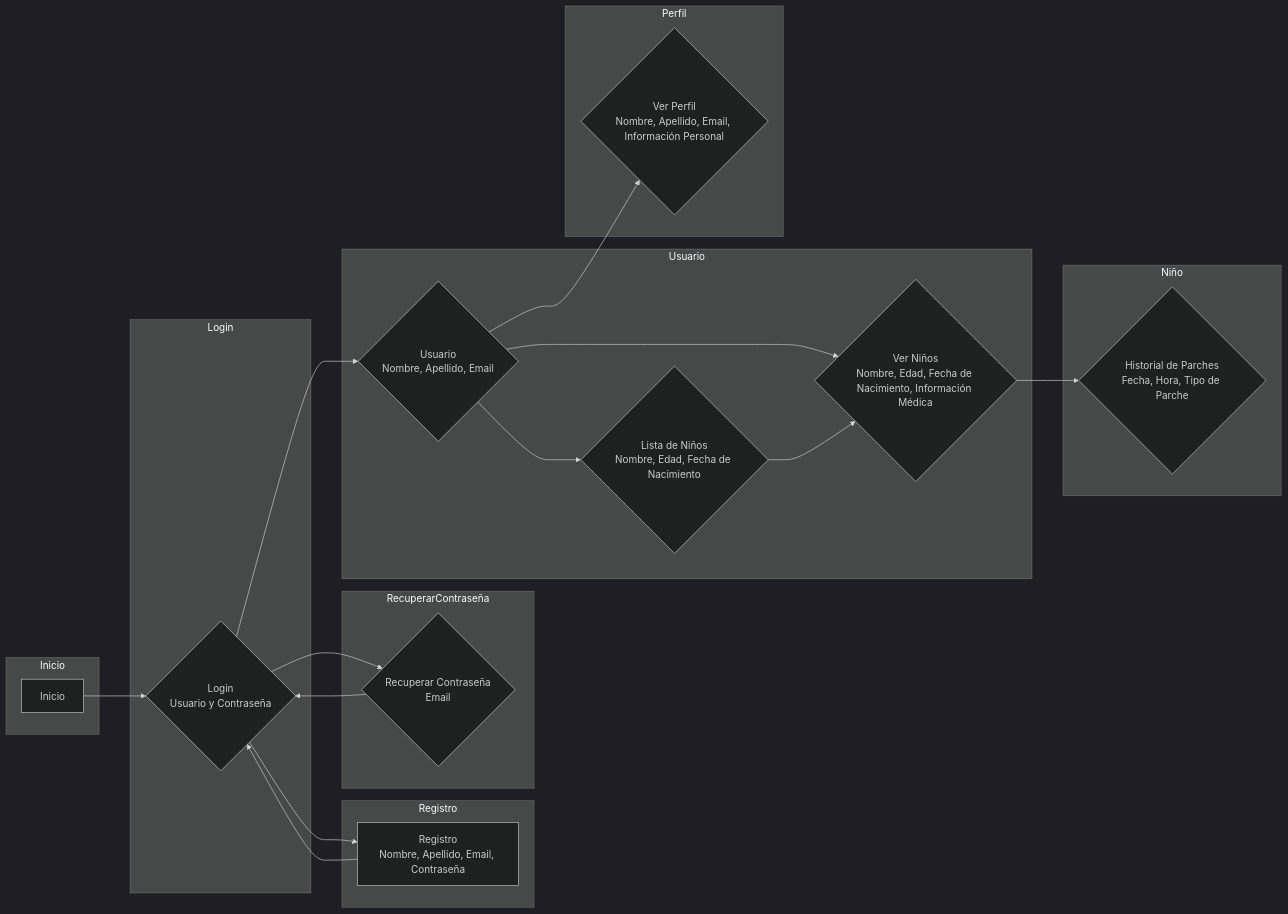
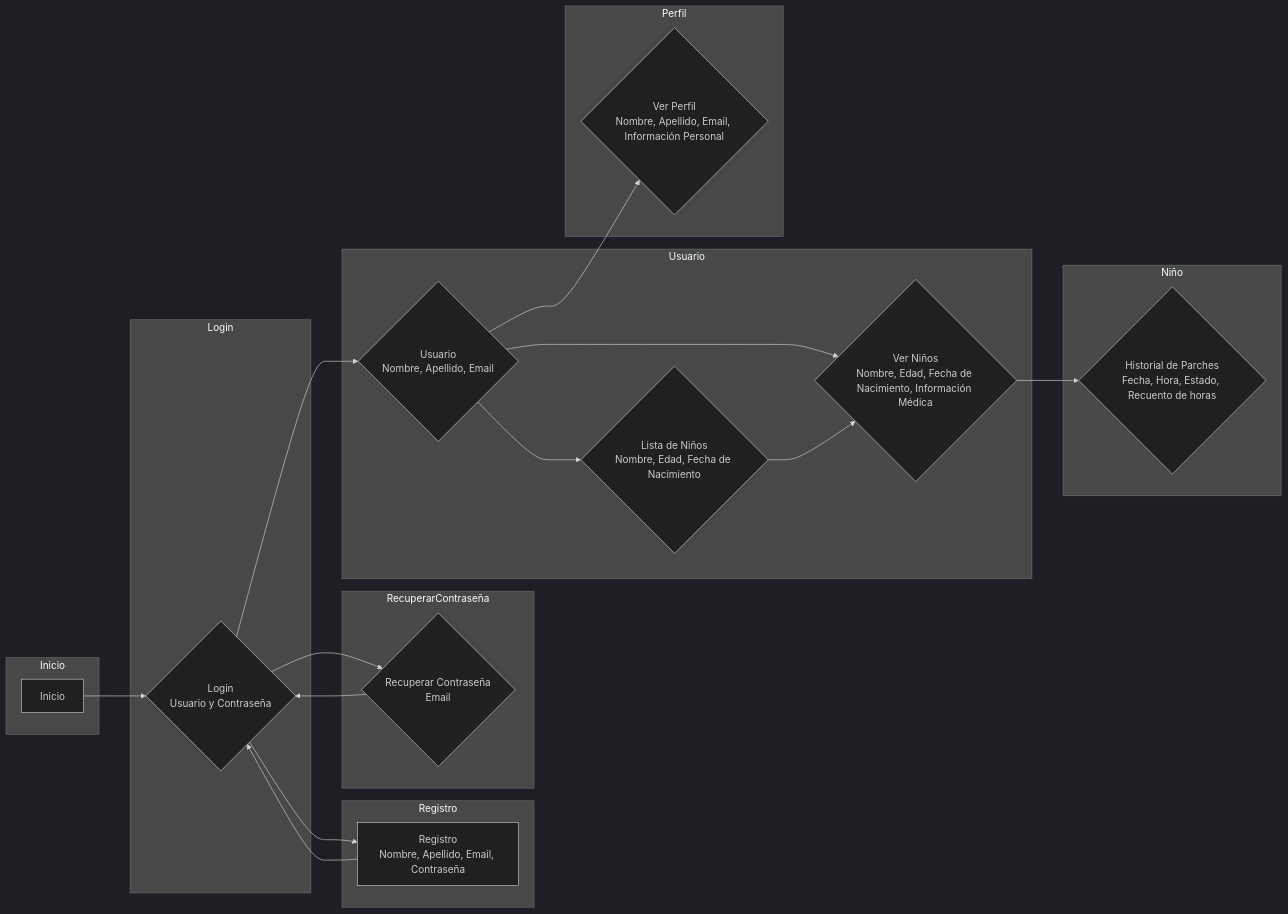
The diagram in DiagramaVista.mermaid (mactiburon/tapatapp), drawn with Mermaid (dark theme) before and after one commit.

Commit message:
DiagramaVista.mermaid

```diff
--- a/DiagramaVista.mermaid
+++ b/DiagramaVista.mermaid
@@ -1,36 +1,36 @@
 graph LR
     subgraph Inicio
         A[Inicio]
     end
     subgraph Login
         B{Login<br>Usuario y Contraseña}
     end
     subgraph Registro
         C[Registro<br>Nombre, Apellido, Email, Contraseña]
     end
     subgraph RecuperarContraseña
         D{Recuperar Contraseña<br>Email}
     end
     subgraph Usuario
         E{Usuario<br>Nombre, Apellido, Email}
         I{Lista de Niños<br>Nombre, Edad, Fecha de Nacimiento}
         G{Ver Niños<br>Nombre, Edad, Fecha de Nacimiento, Información Médica}
     end
     subgraph Perfil
         F{Ver Perfil<br>Nombre, Apellido, Email, Información Personal}
     end
     subgraph Niño
-        H{Historial de Parches<br>Fecha, Hora, Tipo de Parche}
+        H{Historial de Parches<br>Fecha, Hora, Estado, Recuento de horas}
     end
 
     A --> B
     B --> C
     B --> D
     C --> B
     D --> B
     B --> E
     E --> F
     E --> I
     E --> G
     I --> G
     G --> H
```
